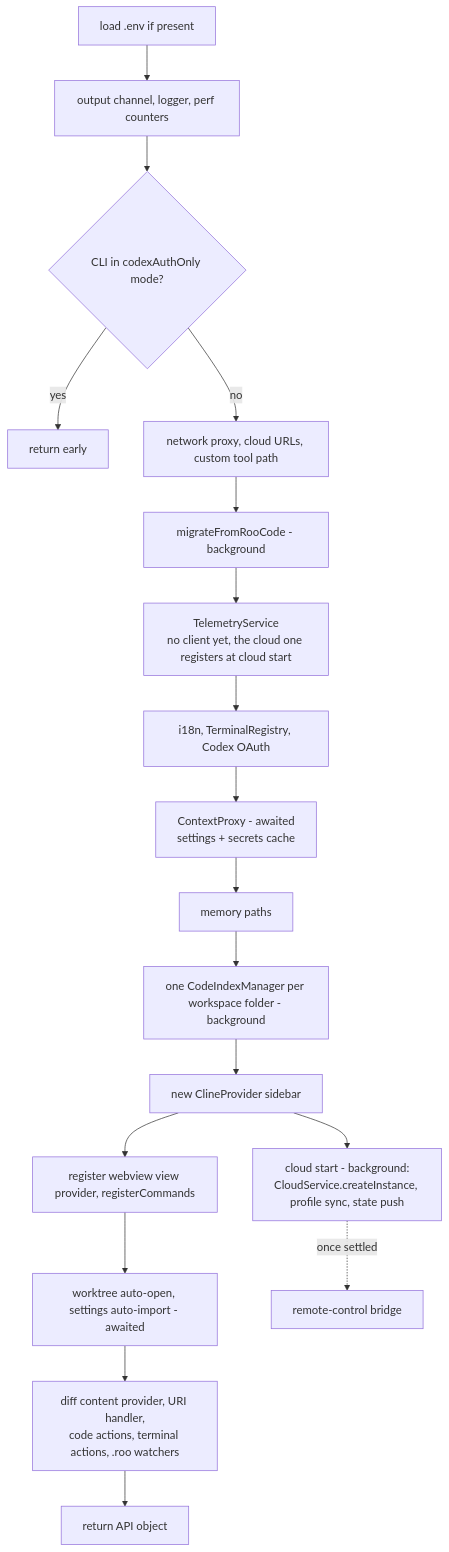
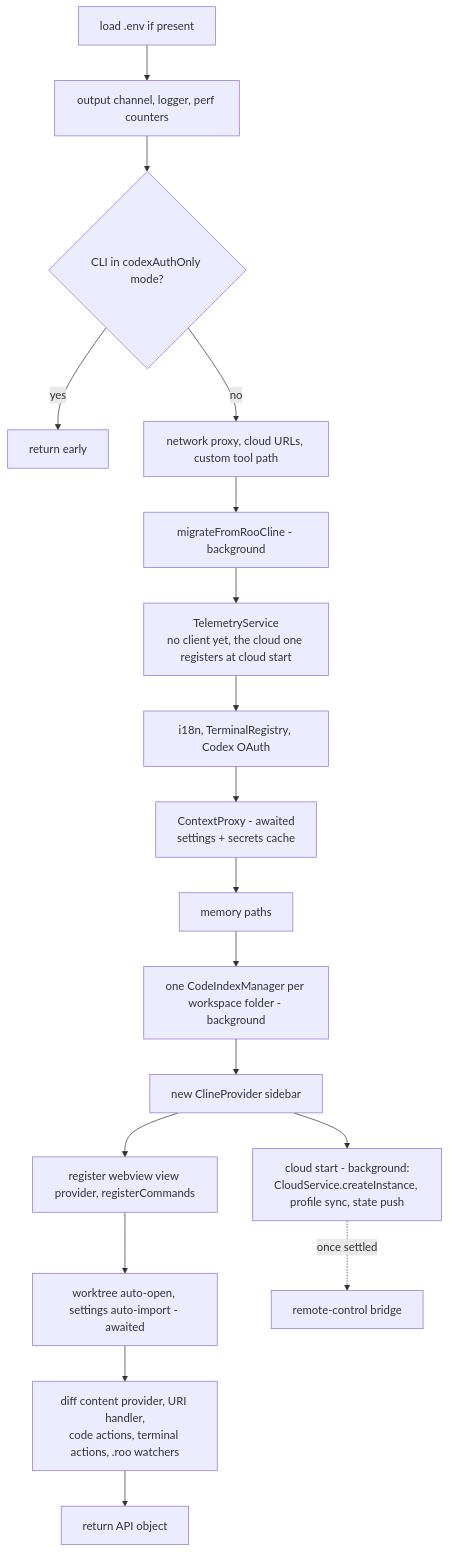
One commit to krzychdre/Tumble-Code changed the first of 3 diagrams in docs/02-extension-host.md. Above: the diagram before and after it, drawn with Mermaid. The commit also changed 121 other files, not shown here.

First line of the commit message:
refactor: rename RooCode to TumbleCode everywhere (#748)

````diff
--- a/docs/02-extension-host.md
+++ b/docs/02-extension-host.md
@@ -11,20 +11,20 @@
 ```mermaid
 flowchart TD
   A[load .env if present] --> B[output channel, logger, perf counters]
   B --> C{CLI in codexAuthOnly mode?}
   C -- yes --> Z[return early]
   C -- no --> D[network proxy, cloud URLs, custom tool path]
-  D --> E[migrateFromRooCode - background]
+  D --> E[migrateFromRooCline - background]
   E --> F[TelemetryService<br/>no client yet, the cloud one registers at cloud start]
   F --> H[i18n, TerminalRegistry, Codex OAuth]
   H --> I[ContextProxy - awaited<br/>settings + secrets cache]
   I --> J[memory paths]
   J --> K[one CodeIndexManager per workspace folder - background]
   K --> L[new ClineProvider sidebar]
   L --> M[cloud start - background:<br/>CloudService.createInstance, profile sync, state push]
   L --> N[register webview view provider, registerCommands]
   N --> O[worktree auto-open, settings auto-import - awaited]
   O --> P[diff content provider, URI handler,<br/>code actions, terminal actions, .roo watchers]
   P --> Q[return API object]
   M -. once settled .-> R[remote-control bridge]
 ```
````
